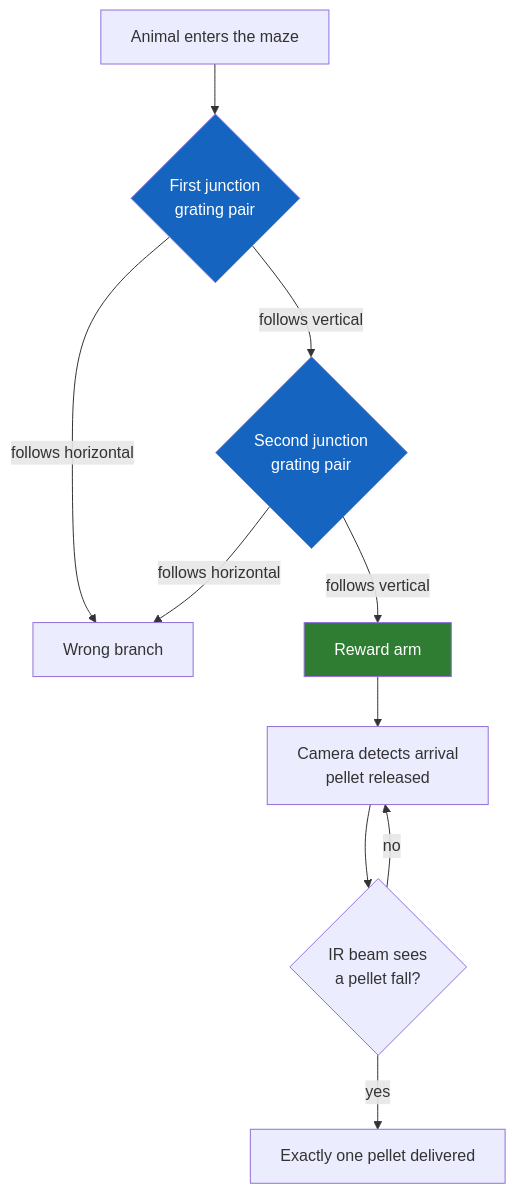
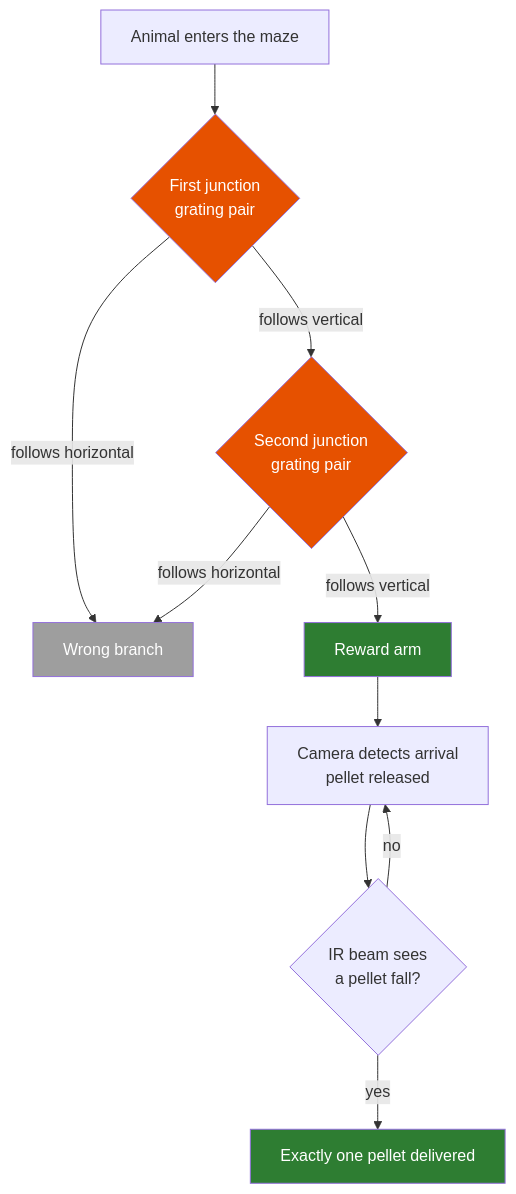
One commit to MaravallLab/aMAZEing-maze changed the second of 2 diagrams in docs/index.md. Above: the diagram before and after it, drawn with Mermaid. The commit also changed other lines of this file and 2 other files, not shown here.

````diff
--- a/docs/index.md
+++ b/docs/index.md
@@ -70,16 +74,18 @@
 ```mermaid
 flowchart TB
     E[Animal enters the maze] --> J1{First junction<br/>grating pair}
     J1 -->|follows vertical| J2{Second junction<br/>grating pair}
     J1 -->|follows horizontal| W[Wrong branch]
     J2 -->|follows vertical| R[Reward arm]
     J2 -->|follows horizontal| W
     R --> P[Camera detects arrival<br/>pellet released]
     P --> IR{IR beam sees<br/>a pellet fall?}
     IR -->|no| P
     IR -->|yes| Done[Exactly one pellet delivered]
 
-    style J1 fill:#1565C0,color:#fff
-    style J2 fill:#1565C0,color:#fff
+    style J1 fill:#E65100,color:#fff
+    style J2 fill:#E65100,color:#fff
     style R fill:#2E7D32,color:#fff
+    style W fill:#9E9E9E,color:#fff
+    style Done fill:#2E7D32,color:#fff
 ```
````
